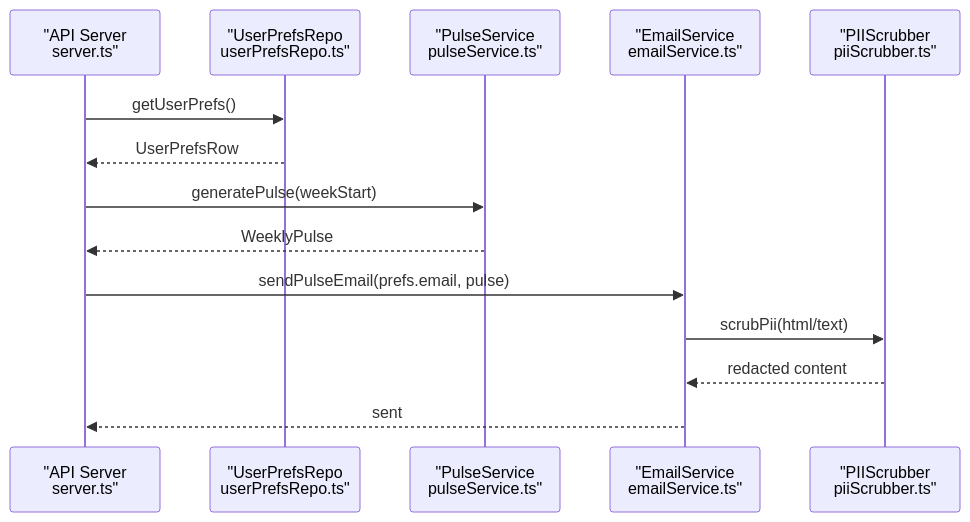
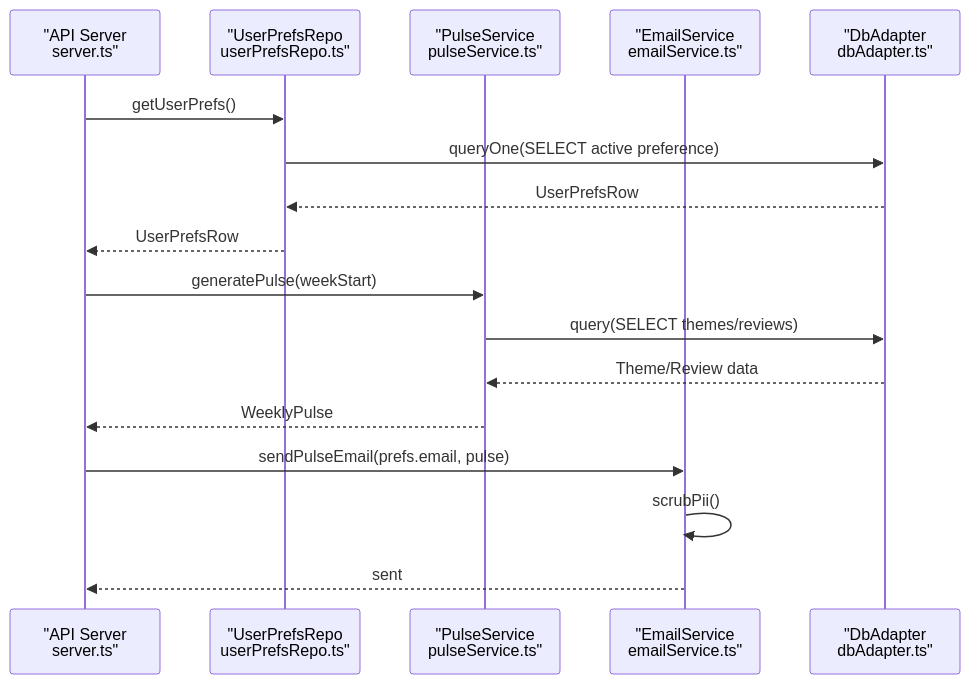
The sixth of 8 diagrams in .qoder/repowiki/en/content/Phase 2_ Advanced Analytics & Automation/User Preferences Management.md (aravinthraj-ramalingam/Groww-App-Review-Insights-Analyzer-), drawn with Mermaid before and after one commit. The commit also changed other lines of this file and 10 other files, not shown here.

Commit message:
Fix pulse duplicate key error, theme deduplication, and button alignment

````diff
--- a/.qoder/repowiki/en/content/Phase 2_ Advanced Analytics & Automation/User Preferences Management.md
+++ b/.qoder/repowiki/en/content/Phase 2_ Advanced Analytics & Automation/User Preferences Management.md
@@ -277,16 +345,19 @@
 ```mermaid
 sequenceDiagram
 participant API as "API Server<br/>server.ts"
 participant Pref as "UserPrefsRepo<br/>userPrefsRepo.ts"
 participant Pulse as "PulseService<br/>pulseService.ts"
 participant Email as "EmailService<br/>emailService.ts"
-participant Scrub as "PIIScrubber<br/>piiScrubber.ts"
+participant DBAdapter as "DbAdapter<br/>dbAdapter.ts"
 API->>Pref : getUserPrefs()
+Pref->>DBAdapter : queryOne(SELECT active preference)
+DBAdapter-->>Pref : UserPrefsRow
 Pref-->>API : UserPrefsRow
 API->>Pulse : generatePulse(weekStart)
+Pulse->>DBAdapter : query(SELECT themes/reviews)
+DBAdapter-->>Pulse : Theme/Review data
 Pulse-->>API : WeeklyPulse
 API->>Email : sendPulseEmail(prefs.email, pulse)
-Email->>Scrub : scrubPii(html/text)
-Scrub-->>Email : redacted content
+Email->>Email : scrubPii()
 Email-->>API : sent
 ```
````
